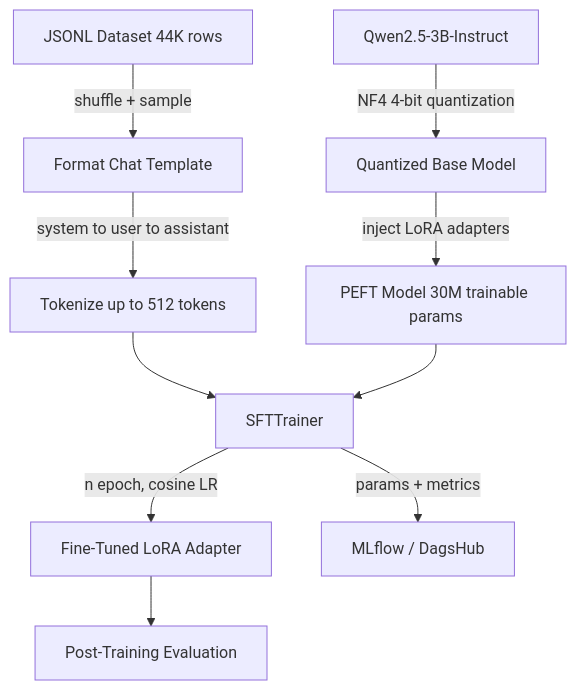
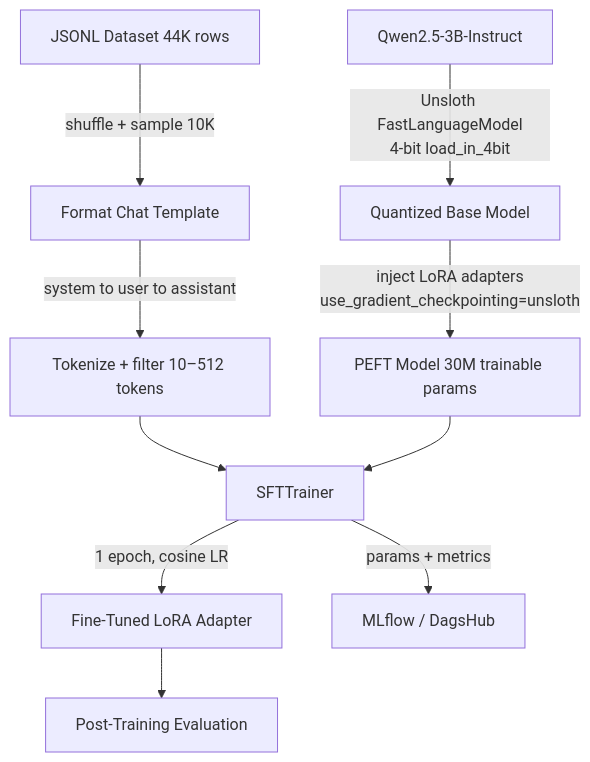
Before and after one commit to nasim-raj-laskar/QwenDrive-QLoRA: the first of 4 diagrams in README.md, drawn with Mermaid. The commit also changed other lines of this file, not shown here.

Commit message:
Documentation Update with Unsloth-Related Changes

````diff
--- a/README.md
+++ b/README.md
@@ -7,14 +7,14 @@
 ```mermaid
 flowchart TD
-    A[JSONL Dataset 44K rows] -->|shuffle + sample| B[Format Chat Template]
-    B -->|system to user to assistant| C[Tokenize up to 512 tokens]
+    A[JSONL Dataset 44K rows] -->|shuffle + sample 10K| B[Format Chat Template]
+    B -->|system to user to assistant| C[Tokenize + filter 10–512 tokens]
     C --> G
 
-    D[Qwen2.5-3B-Instruct] -->|NF4 4-bit quantization| E[Quantized Base Model]
-    E -->|inject LoRA adapters| F[PEFT Model 30M trainable params]
+    D[Qwen2.5-3B-Instruct] -->|Unsloth FastLanguageModel\n4-bit load_in_4bit| E[Quantized Base Model]
+    E -->|inject LoRA adapters\nuse_gradient_checkpointing=unsloth| F[PEFT Model 30M trainable params]
     F --> G[SFTTrainer]
 
-    G -->|n epoch, cosine LR| H[Fine-Tuned LoRA Adapter]
+    G -->|1 epoch, cosine LR| H[Fine-Tuned LoRA Adapter]
     H --> I[Post-Training Evaluation]
     G -->|params + metrics| J[MLflow / DagsHub]
 ```
````
